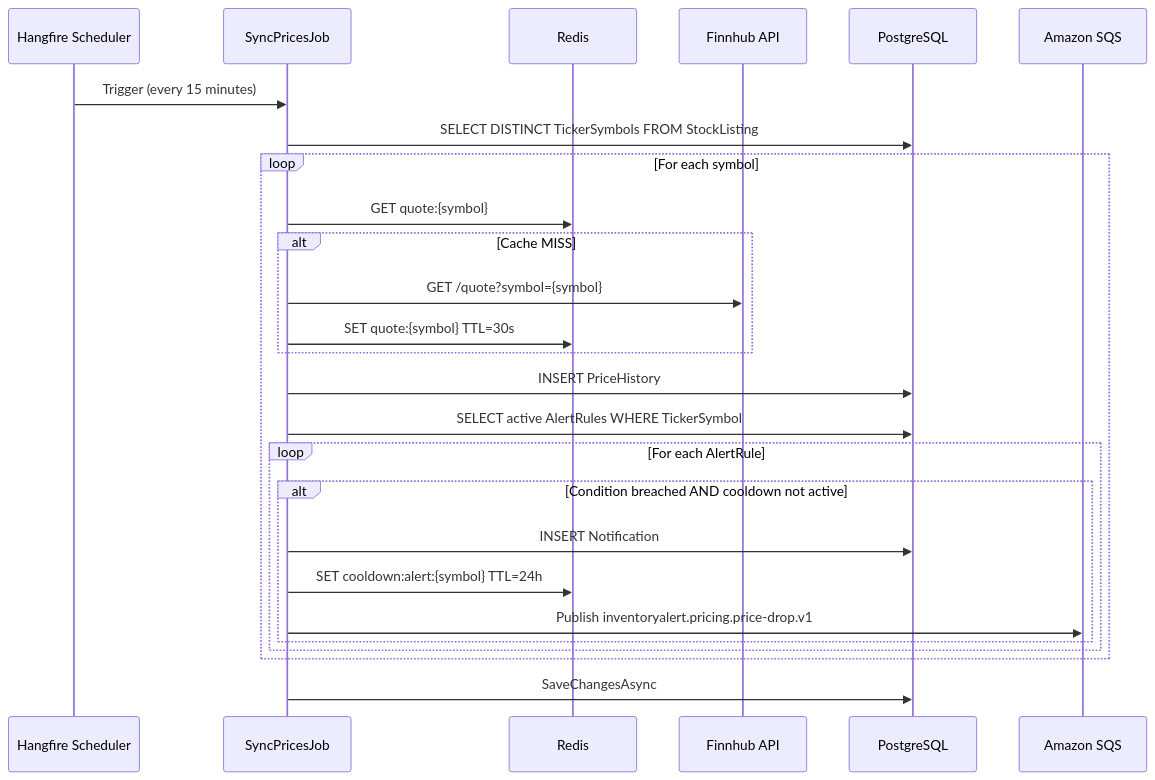
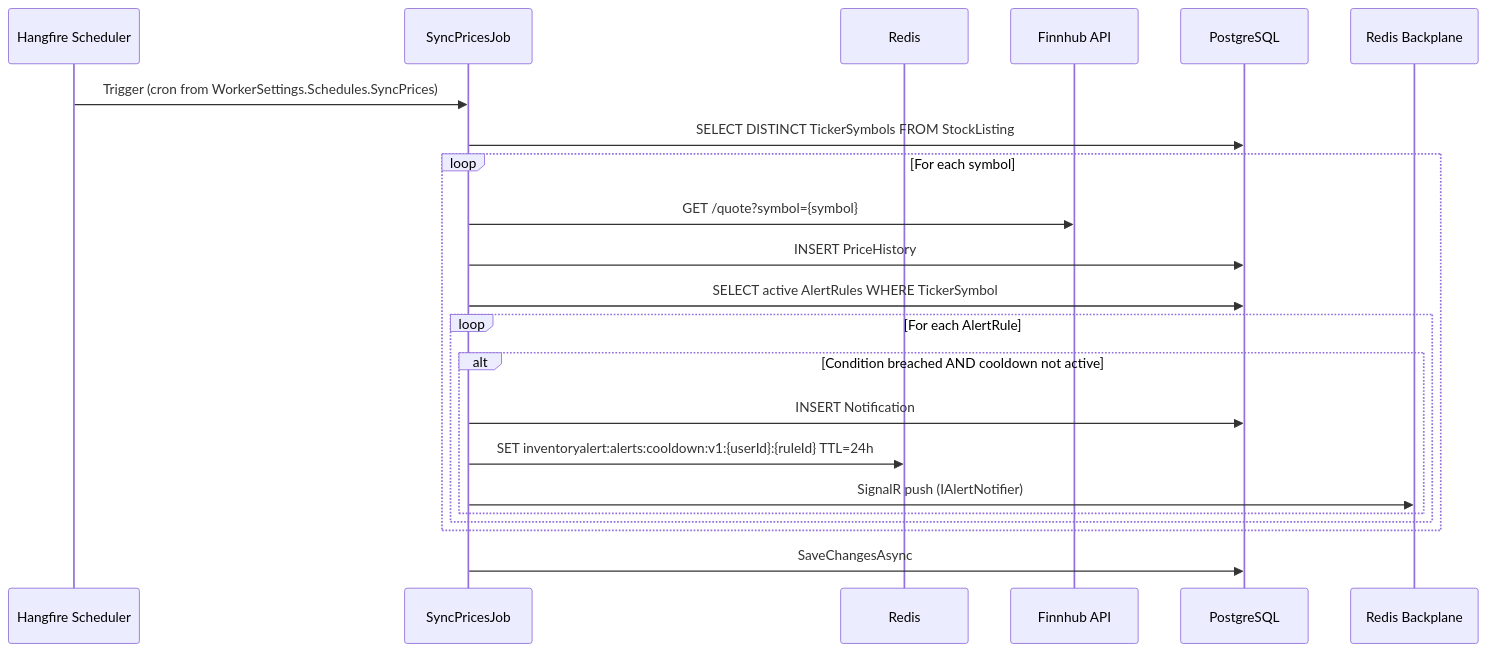
The second of 3 diagrams in InventoryAlert.Wiki/docs/02-architecture-techstack/microservice-components.md (nhonvo/InvestManagementSystem), drawn with Mermaid before and after one commit. The commit also changed other lines of this file and 69 other files, not shown here.

````diff
--- a/InventoryAlert.Wiki/docs/02-architecture-techstack/microservice-components.md
+++ b/InventoryAlert.Wiki/docs/02-architecture-techstack/microservice-components.md
@@ -42,30 +42,26 @@
 ```mermaid
 sequenceDiagram
     participant HF as Hangfire Scheduler
     participant Job as SyncPricesJob
     participant Cache as Redis
     participant Finnhub as Finnhub API
     participant DB as PostgreSQL
-    participant SQS as Amazon SQS
+    participant Redis as Redis Backplane
 
-    HF->>Job: Trigger (every 15 minutes)
+    HF->>Job: Trigger (cron from WorkerSettings.Schedules.SyncPrices)
     Job->>DB: SELECT DISTINCT TickerSymbols FROM StockListing
 
     loop For each symbol
-        Job->>Cache: GET quote:{symbol}
-        alt Cache MISS
-            Job->>Finnhub: GET /quote?symbol={symbol}
-            Job->>Cache: SET quote:{symbol} TTL=30s
-        end
+        Job->>Finnhub: GET /quote?symbol={symbol}
         Job->>DB: INSERT PriceHistory
         Job->>DB: SELECT active AlertRules WHERE TickerSymbol
         loop For each AlertRule
             alt Condition breached AND cooldown not active
                 Job->>DB: INSERT Notification
-                Job->>Cache: SET cooldown:alert:{symbol} TTL=24h
-                Job->>SQS: Publish inventoryalert.pricing.price-drop.v1
+                Job->>Cache: SET inventoryalert:alerts:cooldown:v1:{userId}:{ruleId} TTL=24h
+                Job->>Redis: SignalR push (IAlertNotifier)
             end
         end
     end
     Job->>DB: SaveChangesAsync
 ```
````
